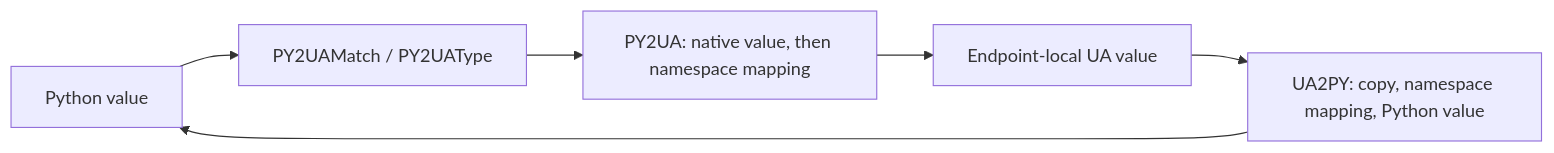
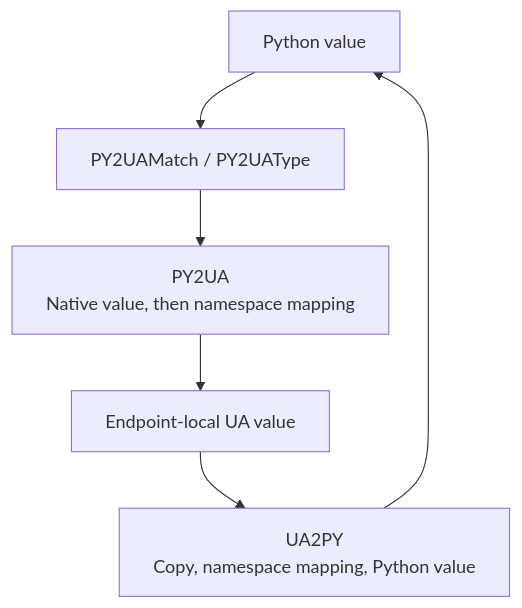
The first of 2 diagrams in docs/manual/implementation-details/wire-format-mapping.md (o6-automation/o6-python-agpl), drawn with Mermaid before and after one commit. The commit also changed other lines of this file and 567 other files, not shown here.

````diff
--- a/docs/manual/implementation-details/wire-format-mapping.md
+++ b/docs/manual/implementation-details/wire-format-mapping.md
@@ -3,8 +8,13 @@
 ```mermaid
-flowchart LR
+---
+config:
+    flowchart:
+        wrappingWidth: 600
+---
+flowchart TD
     PY["Python value"] --> Infer["PY2UAMatch / PY2UAType"]
-    Infer --> Encode["PY2UA: native value, then namespace mapping"]
+    Infer --> Encode["PY2UA<br/>Native value, then namespace mapping"]
     Encode --> UA["Endpoint-local UA value"]
-    UA --> Decode["UA2PY: copy, namespace mapping, Python value"]
+    UA --> Decode["UA2PY<br/>Copy, namespace mapping, Python value"]
     Decode --> PY
 ```
````
